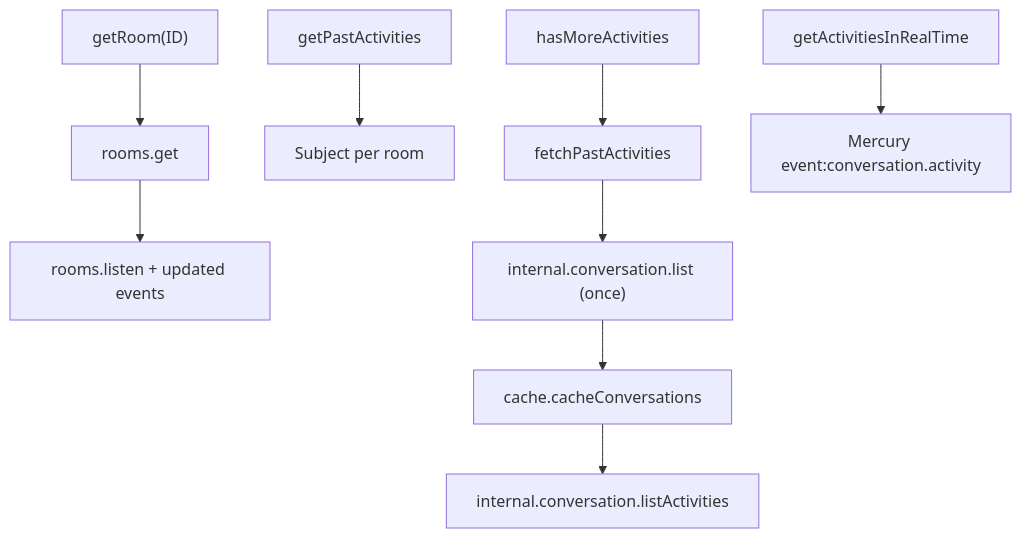
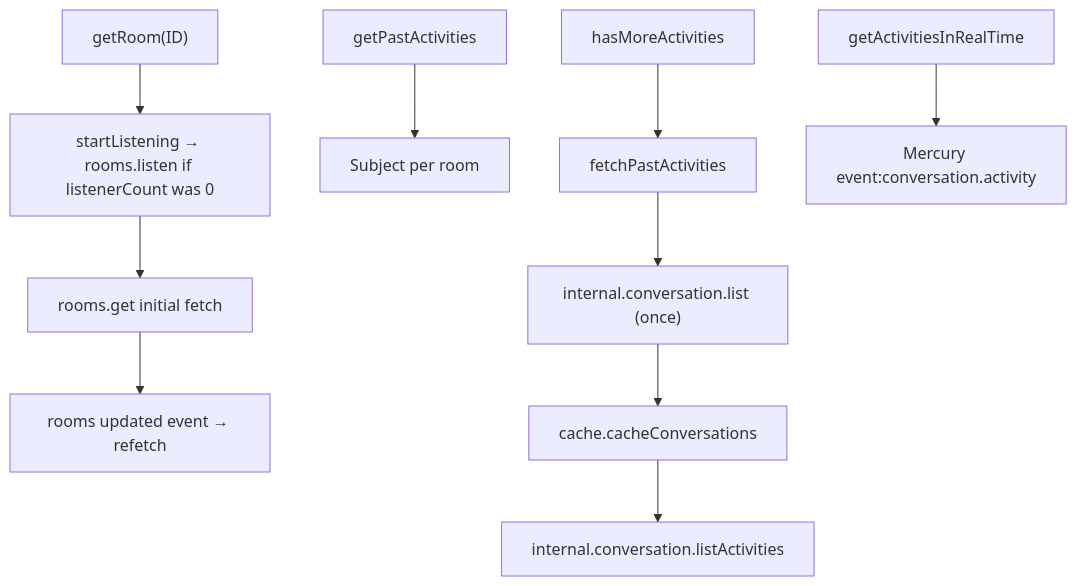
Before and after one commit to webex/sdk-component-adapter: the first of 6 diagrams in src/ai-docs/rooms-sdk-adapter-spec.md, drawn with Mermaid. The commit also changed other lines of this file and 7 other files, not shown here.

````diff
--- a/src/ai-docs/rooms-sdk-adapter-spec.md
+++ b/src/ai-docs/rooms-sdk-adapter-spec.md
@@ -105,11 +105,12 @@
 ```mermaid
 flowchart TD
-  getRoom["getRoom(ID)"] --> fetch["rooms.get"]
-  fetch --> listen["rooms.listen + updated events"]
+  getRoom["getRoom(ID)"] --> listen["startListening → rooms.listen if listenerCount was 0"]
+  listen --> fetch["rooms.get initial fetch"]
+  fetch --> updated["rooms updated event → refetch"]
   past["getPastActivities"] --> subject["Subject per room"]
   hasMore["hasMoreActivities"] --> fetchPast["fetchPastActivities"]
   fetchPast --> convList["internal.conversation.list (once)"]
   convList --> cacheConv["cache.cacheConversations"]
   cacheConv --> listAct["internal.conversation.listActivities"]
   realtime["getActivitiesInRealTime"] --> mercury["Mercury event:conversation.activity"]
 ```
````
